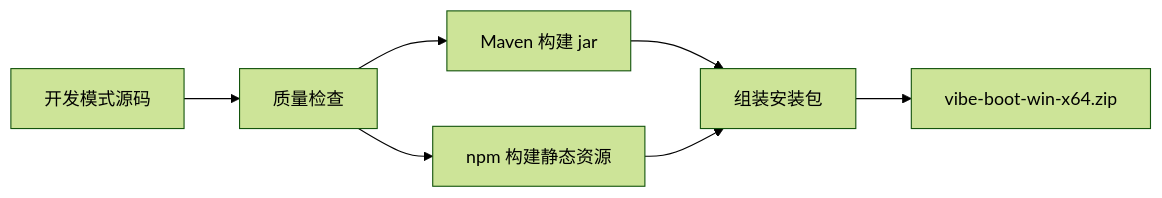
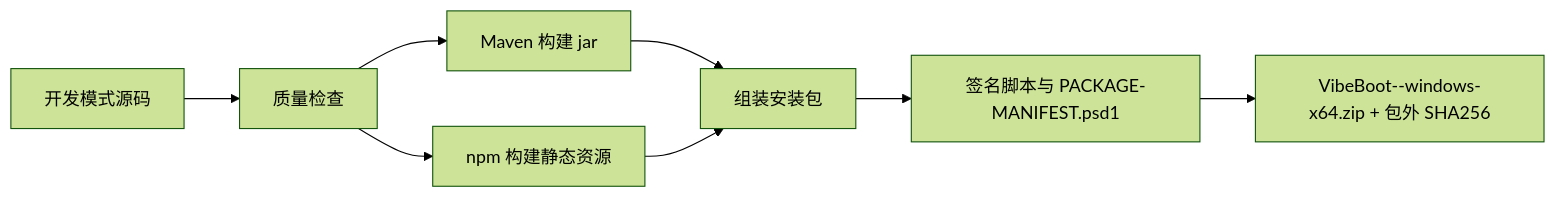
One commit to mlm883585/vibe-boot changed the first of 2 diagrams in docs/release-package-design.md. Above: the diagram before and after it, drawn with Mermaid (forest theme). The commit also changed other lines of this file and 52 other files, not shown here.

Commit message:
docs: finalize implementation-ready architecture baseline

````diff
--- a/docs/release-package-design.md
+++ b/docs/release-package-design.md
@@ -95,9 +105,10 @@
 ```mermaid
 flowchart LR
     Source["开发模式源码"] --> Check["质量检查"]
     Check --> Backend["Maven 构建 jar"]
     Check --> Frontend["npm 构建静态资源"]
     Backend --> Assemble["组装安装包"]
     Frontend --> Assemble
-    Assemble --> Zip["vibe-boot-win-x64.zip"]
+    Assemble --> Sign["签名脚本与 PACKAGE-MANIFEST.psd1"]
+    Sign --> Zip["VibeBoot-<version>-windows-x64.zip + 包外 SHA256"]
 ```
````
